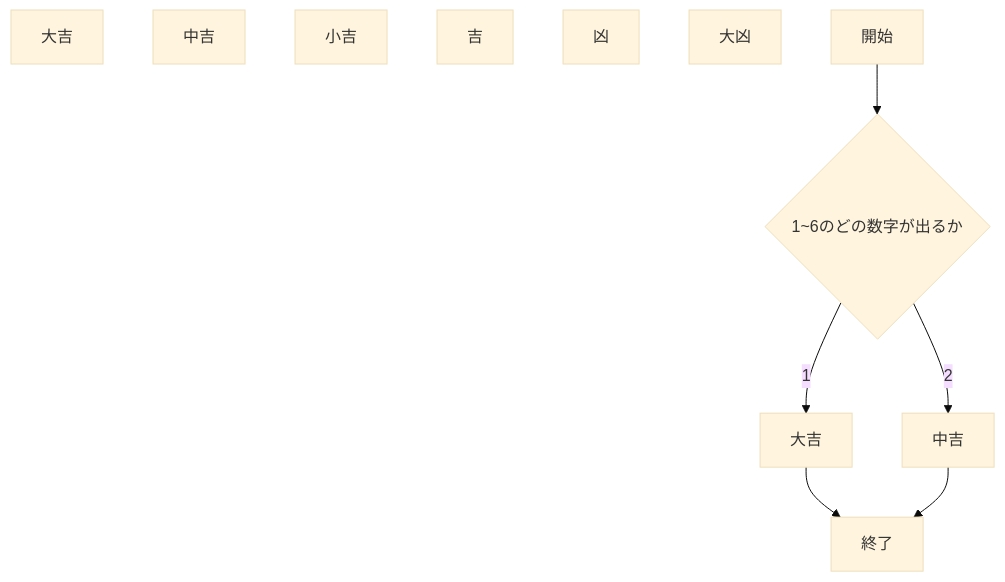
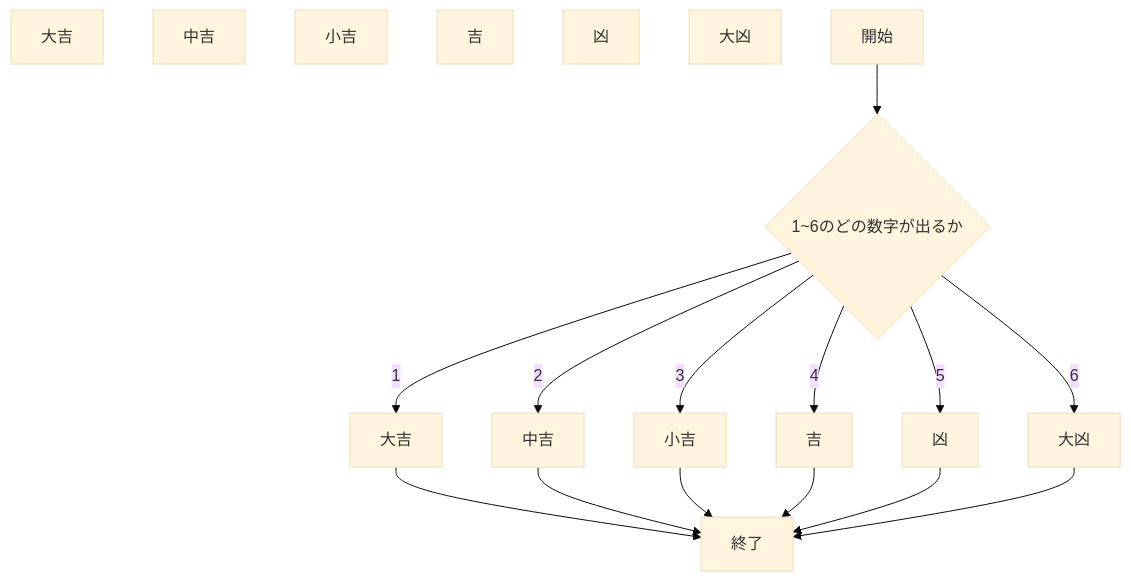
Before and after one commit to km919/webpro_06: the sixth of 6 diagrams in README.md, drawn with Mermaid (base theme).

Commit message:
11/18の02:58に編集済

````diff
--- a/README.md
+++ b/README.md
@@ -237,17 +237,25 @@
 ```mermaid
 flowchart TD;
 start["開始"];
 end1["終了"]
 if{"1~6のどの数字が出るか"}
 1["大吉"]
 2["中吉"]
 3["小吉"]
 4["吉"]
 5["凶"]
 6["大凶"]
 start --> if
 if -->|1| 大吉
 大吉 --> end1
 if -->|2| 中吉
-中吉 --> end1 
+中吉 --> end1
+if -->|3| 小吉
+小吉 --> end1
+if -->|4| 吉
+吉 --> end1
+if -->|5| 凶
+凶 --> end1
+if -->|6| 大凶
+大凶 --> end1
 ```
````
